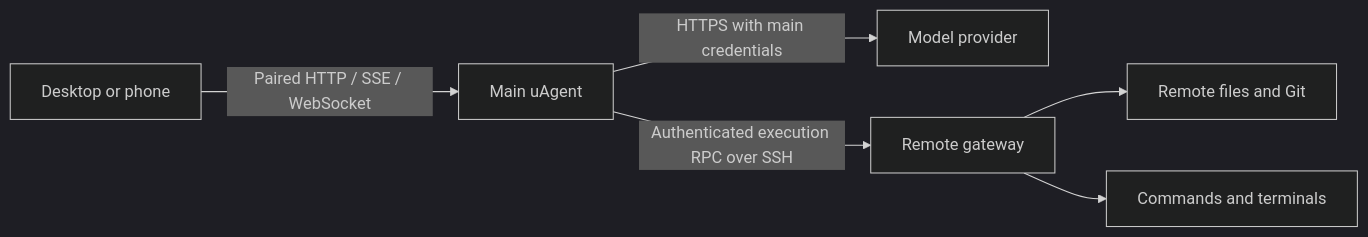
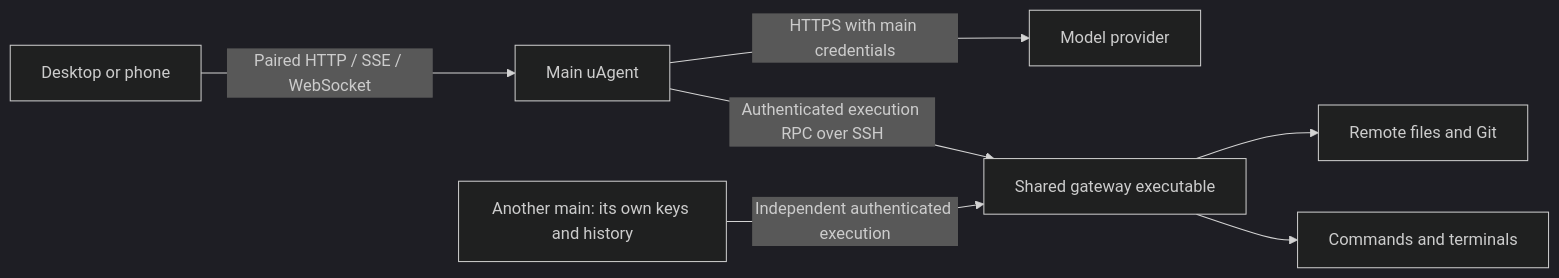
Before and after one commit to timongentzsch/uAgent: the diagram in docs/REMOTE_HOSTS.md, drawn with Mermaid (dark theme). The commit also changed other lines of this file and 21 other files, not shown here.

Commit message:
docs: refresh remote architecture and measured benchmarks

````diff
--- a/docs/REMOTE_HOSTS.md
+++ b/docs/REMOTE_HOSTS.md
@@ -9,8 +9,9 @@
 ```mermaid
 flowchart LR
   Browser[Desktop or phone] -->|Paired HTTP / SSE / WebSocket| Main[Main uAgent]
   Main -->|HTTPS with main credentials| Provider[Model provider]
-  Main -->|Authenticated execution RPC over SSH| Remote[Remote gateway]
+  Main -->|Authenticated execution RPC over SSH| Remote[Shared gateway executable]
+  Other[Another main: its own keys and history] -->|Independent authenticated execution| Remote
   Remote --> Files[Remote files and Git]
   Remote --> Processes[Commands and terminals]
 ```
````
